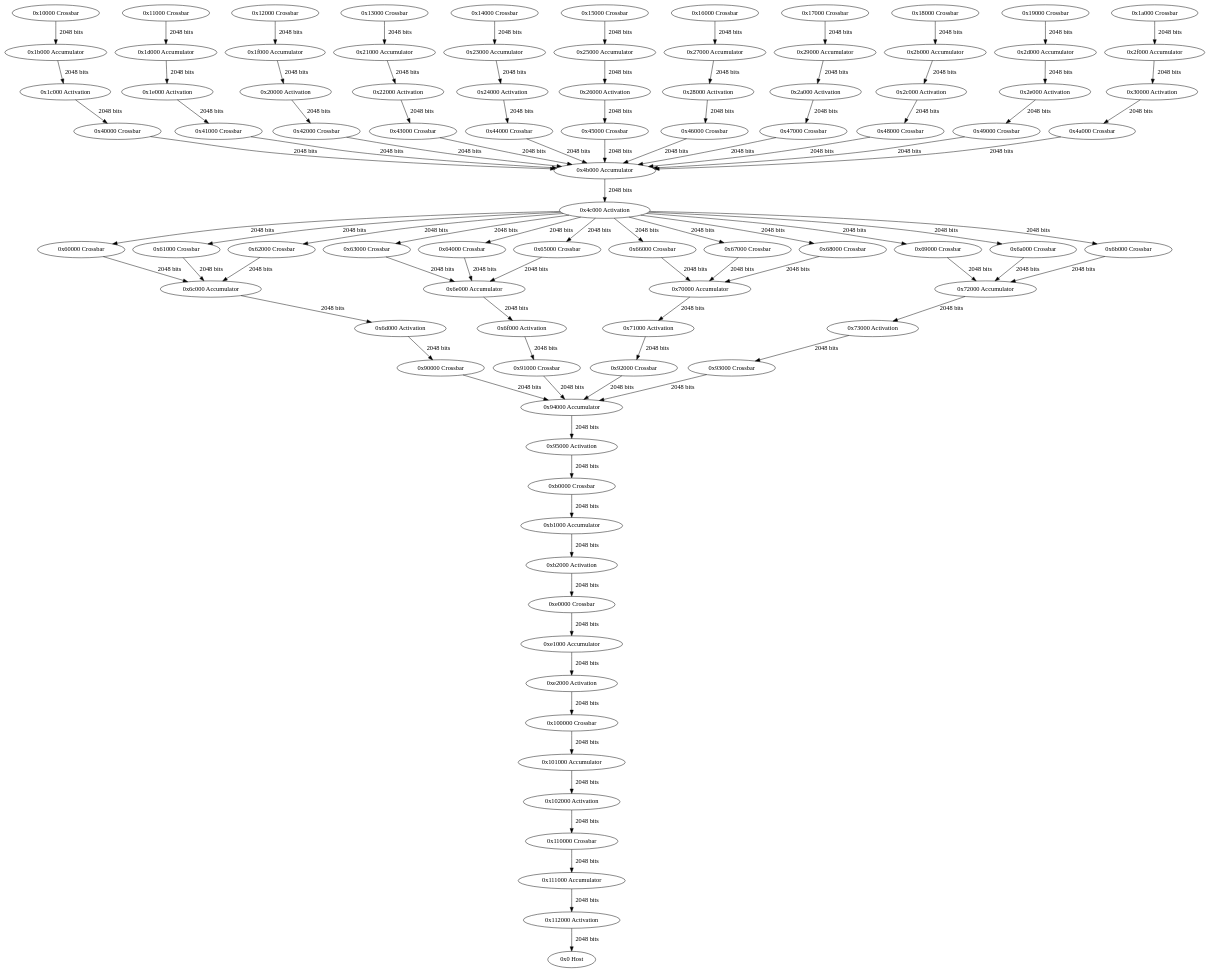
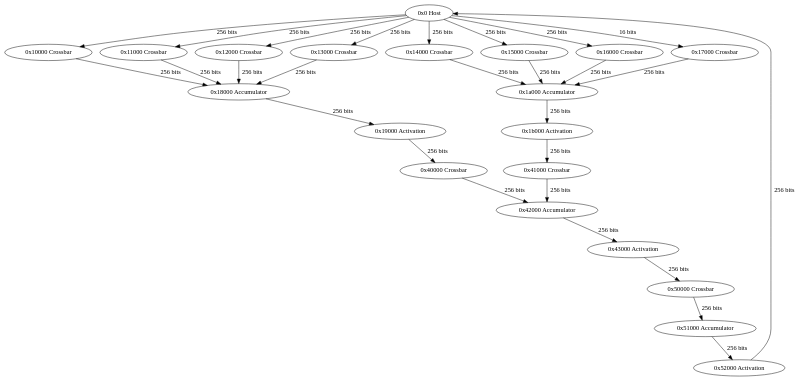
One commit to Zz-sev-point/IC_SIM changed the diagram in network.dot. Above: the diagram before and after it, drawn with Graphviz. The commit also changed 6 other files, not shown here.

```diff
--- a/network.dot
+++ b/network.dot
@@ -1,97 +1,49 @@
-digraph Interconnect {
-  "0x10000 Crossbar" -> "0x1b000 Accumulator" [label="2048 bits"];
-  "0x1b000 Accumulator" -> "0x1c000 Activation" [label="2048 bits"];
-  "0x11000 Crossbar" -> "0x1d000 Accumulator" [label="2048 bits"];
-  "0x1d000 Accumulator" -> "0x1e000 Activation" [label="2048 bits"];
-  "0x12000 Crossbar" -> "0x1f000 Accumulator" [label="2048 bits"];
-  "0x1f000 Accumulator" -> "0x20000 Activation" [label="2048 bits"];
-  "0x13000 Crossbar" -> "0x21000 Accumulator" [label="2048 bits"];
-  "0x21000 Accumulator" -> "0x22000 Activation" [label="2048 bits"];
-  "0x14000 Crossbar" -> "0x23000 Accumulator" [label="2048 bits"];
-  "0x23000 Accumulator" -> "0x24000 Activation" [label="2048 bits"];
-  "0x15000 Crossbar" -> "0x25000 Accumulator" [label="2048 bits"];
-  "0x25000 Accumulator" -> "0x26000 Activation" [label="2048 bits"];
-  "0x16000 Crossbar" -> "0x27000 Accumulator" [label="2048 bits"];
-  "0x27000 Accumulator" -> "0x28000 Activation" [label="2048 bits"];
-  "0x17000 Crossbar" -> "0x29000 Accumulator" [label="2048 bits"];
-  "0x29000 Accumulator" -> "0x2a000 Activation" [label="2048 bits"];
-  "0x18000 Crossbar" -> "0x2b000 Accumulator" [label="2048 bits"];
-  "0x2b000 Accumulator" -> "0x2c000 Activation" [label="2048 bits"];
-  "0x19000 Crossbar" -> "0x2d000 Accumulator" [label="2048 bits"];
-  "0x2d000 Accumulator" -> "0x2e000 Activation" [label="2048 bits"];
-  "0x1a000 Crossbar" -> "0x2f000 Accumulator" [label="2048 bits"];
-  "0x2f000 Accumulator" -> "0x30000 Activation" [label="2048 bits"];
-  "0x1c000 Activation" -> "0x40000 Crossbar" [label="2048 bits"];
-  "0x1e000 Activation" -> "0x41000 Crossbar" [label="2048 bits"];
-  "0x20000 Activation" -> "0x42000 Crossbar" [label="2048 bits"];
-  "0x22000 Activation" -> "0x43000 Crossbar" [label="2048 bits"];
-  "0x24000 Activation" -> "0x44000 Crossbar" [label="2048 bits"];
-  "0x26000 Activation" -> "0x45000 Crossbar" [label="2048 bits"];
-  "0x28000 Activation" -> "0x46000 Crossbar" [label="2048 bits"];
-  "0x2a000 Activation" -> "0x47000 Crossbar" [label="2048 bits"];
-  "0x2c000 Activation" -> "0x48000 Crossbar" [label="2048 bits"];
-  "0x2e000 Activation" -> "0x49000 Crossbar" [label="2048 bits"];
-  "0x30000 Activation" -> "0x4a000 Crossbar" [label="2048 bits"];
-  "0x40000 Crossbar" -> "0x4b000 Accumulator" [label="2048 bits"];
-  "0x41000 Crossbar" -> "0x4b000 Accumulator" [label="2048 bits"];
-  "0x42000 Crossbar" -> "0x4b000 Accumulator" [label="2048 bits"];
-  "0x43000 Crossbar" -> "0x4b000 Accumulator" [label="2048 bits"];
-  "0x44000 Crossbar" -> "0x4b000 Accumulator" [label="2048 bits"];
-  "0x45000 Crossbar" -> "0x4b000 Accumulator" [label="2048 bits"];
-  "0x46000 Crossbar" -> "0x4b000 Accumulator" [label="2048 bits"];
-  "0x47000 Crossbar" -> "0x4b000 Accumulator" [label="2048 bits"];
-  "0x48000 Crossbar" -> "0x4b000 Accumulator" [label="2048 bits"];
-  "0x49000 Crossbar" -> "0x4b000 Accumulator" [label="2048 bits"];
-  "0x4a000 Crossbar" -> "0x4b000 Accumulator" [label="2048 bits"];
-  "0x4b000 Accumulator" -> "0x4c000 Activation" [label="2048 bits"];
-  "0x4c000 Activation" -> "0x60000 Crossbar" [label="2048 bits"];
-  "0x4c000 Activation" -> "0x61000 Crossbar" [label="2048 bits"];
-  "0x4c000 Activation" -> "0x62000 Crossbar" [label="2048 bits"];
-  "0x4c000 Activation" -> "0x63000 Crossbar" [label="2048 bits"];
-  "0x4c000 Activation" -> "0x64000 Crossbar" [label="2048 bits"];
-  "0x4c000 Activation" -> "0x65000 Crossbar" [label="2048 bits"];
-  "0x4c000 Activation" -> "0x66000 Crossbar" [label="2048 bits"];
-  "0x4c000 Activation" -> "0x67000 Crossbar" [label="2048 bits"];
-  "0x4c000 Activation" -> "0x68000 Crossbar" [label="2048 bits"];
-  "0x4c000 Activation" -> "0x69000 Crossbar" [label="2048 bits"];
-  "0x4c000 Activation" -> "0x6a000 Crossbar" [label="2048 bits"];
-  "0x4c000 Activation" -> "0x6b000 Crossbar" [label="2048 bits"];
-  "0x60000 Crossbar" -> "0x6c000 Accumulator" [label="2048 bits"];
-  "0x61000 Crossbar" -> "0x6c000 Accumulator" [label="2048 bits"];
-  "0x62000 Crossbar" -> "0x6c000 Accumulator" [label="2048 bits"];
-  "0x6c000 Accumulator" -> "0x6d000 Activation" [label="2048 bits"];
-  "0x63000 Crossbar" -> "0x6e000 Accumulator" [label="2048 bits"];
-  "0x64000 Crossbar" -> "0x6e000 Accumulator" [label="2048 bits"];
-  "0x65000 Crossbar" -> "0x6e000 Accumulator" [label="2048 bits"];
-  "0x6e000 Accumulator" -> "0x6f000 Activation" [label="2048 bits"];
-  "0x66000 Crossbar" -> "0x70000 Accumulator" [label="2048 bits"];
-  "0x67000 Crossbar" -> "0x70000 Accumulator" [label="2048 bits"];
-  "0x68000 Crossbar" -> "0x70000 Accumulator" [label="2048 bits"];
-  "0x70000 Accumulator" -> "0x71000 Activation" [label="2048 bits"];
-  "0x69000 Crossbar" -> "0x72000 Accumulator" [label="2048 bits"];
-  "0x6a000 Crossbar" -> "0x72000 Accumulator" [label="2048 bits"];
-  "0x6b000 Crossbar" -> "0x72000 Accumulator" [label="2048 bits"];
-  "0x72000 Accumulator" -> "0x73000 Activation" [label="2048 bits"];
-  "0x6d000 Activation" -> "0x90000 Crossbar" [label="2048 bits"];
-  "0x6f000 Activation" -> "0x91000 Crossbar" [label="2048 bits"];
-  "0x71000 Activation" -> "0x92000 Crossbar" [label="2048 bits"];
-  "0x73000 Activation" -> "0x93000 Crossbar" [label="2048 bits"];
-  "0x90000 Crossbar" -> "0x94000 Accumulator" [label="2048 bits"];
-  "0x91000 Crossbar" -> "0x94000 Accumulator" [label="2048 bits"];
-  "0x92000 Crossbar" -> "0x94000 Accumulator" [label="2048 bits"];
-  "0x93000 Crossbar" -> "0x94000 Accumulator" [label="2048 bits"];
-  "0x94000 Accumulator" -> "0x95000 Activation" [label="2048 bits"];
-  "0x95000 Activation" -> "0xb0000 Crossbar" [label="2048 bits"];
-  "0xb0000 Crossbar" -> "0xb1000 Accumulator" [label="2048 bits"];
-  "0xb1000 Accumulator" -> "0xb2000 Activation" [label="2048 bits"];
-  "0xb2000 Activation" -> "0xe0000 Crossbar" [label="2048 bits"];
-  "0xe0000 Crossbar" -> "0xe1000 Accumulator" [label="2048 bits"];
-  "0xe1000 Accumulator" -> "0xe2000 Activation" [label="2048 bits"];
-  "0xe2000 Activation" -> "0x100000 Crossbar" [label="2048 bits"];
-  "0x100000 Crossbar" -> "0x101000 Accumulator" [label="2048 bits"];
-  "0x101000 Accumulator" -> "0x102000 Activation" [label="2048 bits"];
-  "0x102000 Activation" -> "0x110000 Crossbar" [label="2048 bits"];
-  "0x110000 Crossbar" -> "0x111000 Accumulator" [label="2048 bits"];
-  "0x111000 Accumulator" -> "0x112000 Activation" [label="2048 bits"];
-  "0x112000 Activation" -> "0x0 Host" [label="2048 bits"];
+digraph InterconnectGraph {
+  "0x0 Host";
+  "0x10000 Crossbar";
+  "0x11000 Crossbar";
+  "0x12000 Crossbar";
+  "0x13000 Crossbar";
+  "0x14000 Crossbar";
+  "0x15000 Crossbar";
+  "0x16000 Crossbar";
+  "0x17000 Crossbar";
+  "0x18000 Accumulator";
+  "0x1a000 Accumulator";
+  "0x19000 Activation";
+  "0x1b000 Activation";
+  "0x40000 Crossbar";
+  "0x41000 Crossbar";
+  "0x42000 Accumulator";
+  "0x43000 Activation";
+  "0x50000 Crossbar";
+  "0x51000 Accumulator";
+  "0x52000 Activation";
+  "0x0 Host" -> "0x10000 Crossbar" [label="256 bits"];
+  "0x0 Host" -> "0x11000 Crossbar" [label="256 bits"];
+  "0x0 Host" -> "0x12000 Crossbar" [label="256 bits"];
+  "0x0 Host" -> "0x13000 Crossbar" [label="256 bits"];
+  "0x0 Host" -> "0x14000 Crossbar" [label="256 bits"];
+  "0x0 Host" -> "0x15000 Crossbar" [label="256 bits"];
+  "0x0 Host" -> "0x16000 Crossbar" [label="256 bits"];
+  "0x0 Host" -> "0x17000 Crossbar" [label="16 bits"];
+  "0x10000 Crossbar" -> "0x18000 Accumulator" [label="256 bits"];
+  "0x11000 Crossbar" -> "0x18000 Accumulator" [label="256 bits"];
+  "0x12000 Crossbar" -> "0x18000 Accumulator" [label="256 bits"];
+  "0x13000 Crossbar" -> "0x18000 Accumulator" [label="256 bits"];
+  "0x18000 Accumulator" -> "0x19000 Activation" [label="256 bits"];
+  "0x14000 Crossbar" -> "0x1a000 Accumulator" [label="256 bits"];
+  "0x15000 Crossbar" -> "0x1a000 Accumulator" [label="256 bits"];
+  "0x16000 Crossbar" -> "0x1a000 Accumulator" [label="256 bits"];
+  "0x17000 Crossbar" -> "0x1a000 Accumulator" [label="256 bits"];
+  "0x1a000 Accumulator" -> "0x1b000 Activation" [label="256 bits"];
+  "0x19000 Activation" -> "0x40000 Crossbar" [label="256 bits"];
+  "0x1b000 Activation" -> "0x41000 Crossbar" [label="256 bits"];
+  "0x40000 Crossbar" -> "0x42000 Accumulator" [label="256 bits"];
+  "0x41000 Crossbar" -> "0x42000 Accumulator" [label="256 bits"];
+  "0x42000 Accumulator" -> "0x43000 Activation" [label="256 bits"];
+  "0x43000 Activation" -> "0x50000 Crossbar" [label="256 bits"];
+  "0x50000 Crossbar" -> "0x51000 Accumulator" [label="256 bits"];
+  "0x51000 Accumulator" -> "0x52000 Activation" [label="256 bits"];
+  "0x52000 Activation" -> "0x0 Host" [label="256 bits"];
 }
```
